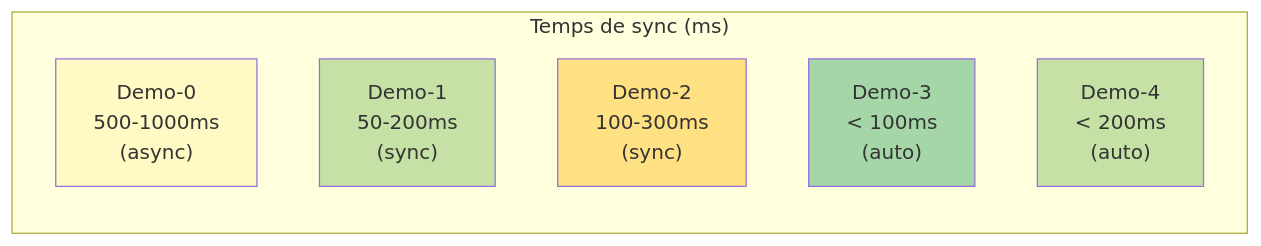
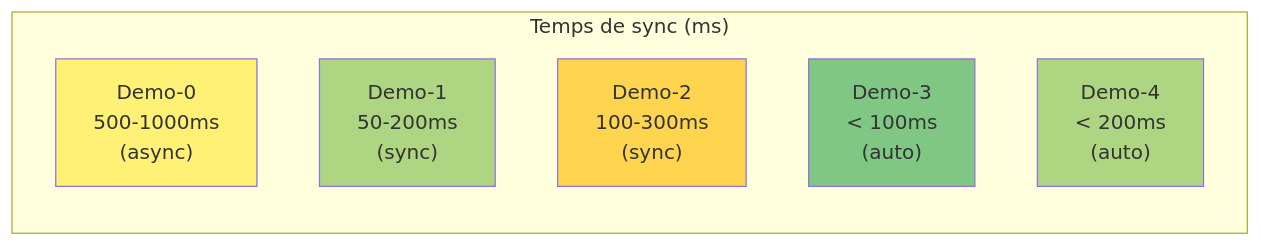
Diagram 24 of 39 in 02-DIAGRAMMES_ARCHITECTURES.md (inskillflow/auths-1-NEXTJS-introduction), drawn with Mermaid before and after one commit. The commit also changed other lines of this file, not shown here.

````diff
--- a/02-DIAGRAMMES_ARCHITECTURES.md
+++ b/02-DIAGRAMMES_ARCHITECTURES.md
@@ -846,16 +846,16 @@
 ```mermaid
 graph LR
     subgraph "Temps de sync (ms)"
         D0["Demo-0<br/>500-1000ms<br/>(async)"]
         D1["Demo-1<br/>50-200ms<br/>(sync)"]
         D2["Demo-2<br/>100-300ms<br/>(sync)"]
         D3["Demo-3<br/>< 100ms<br/>(auto)"]
         D4["Demo-4<br/>< 200ms<br/>(auto)"]
     end
     
-    style D0 fill:#fff9c4
-    style D1 fill:#c5e1a5
-    style D2 fill:#ffe082
-    style D3 fill:#a5d6a7
-    style D4 fill:#c5e1a5
+    style D0 fill:#fff176
+    style D1 fill:#aed581
+    style D2 fill:#ffd54f
+    style D3 fill:#81c784
+    style D4 fill:#aed581
 ```
````
